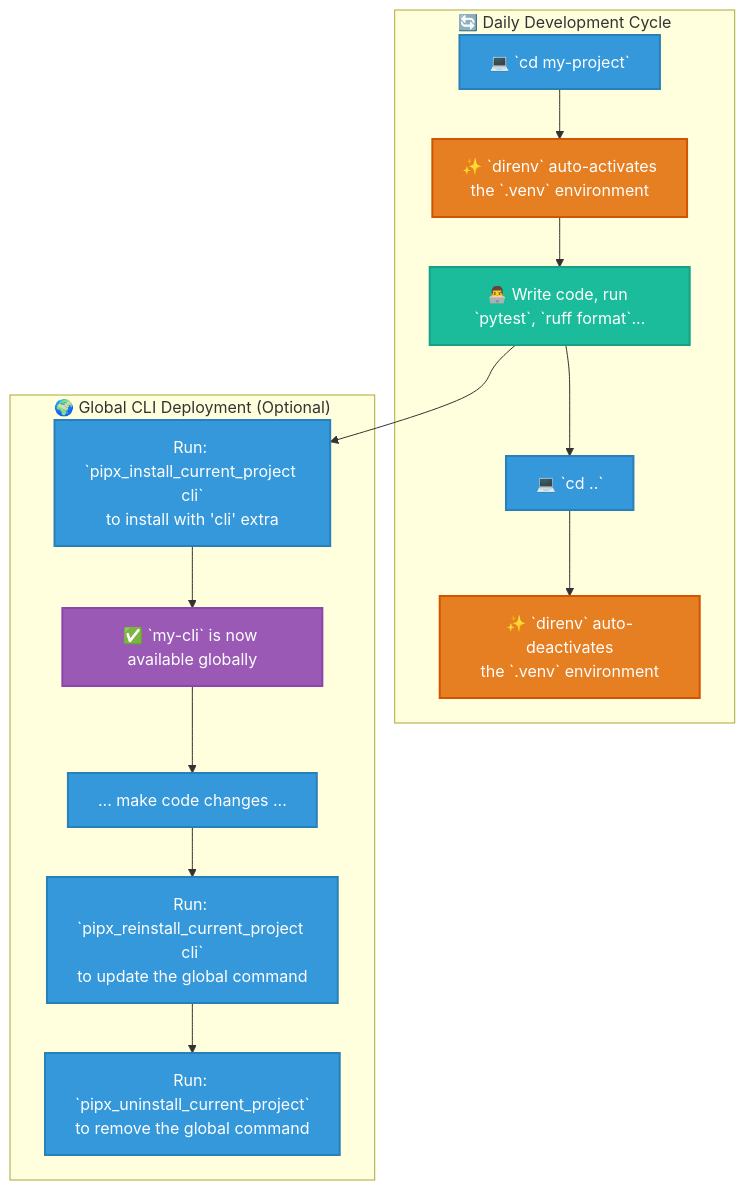
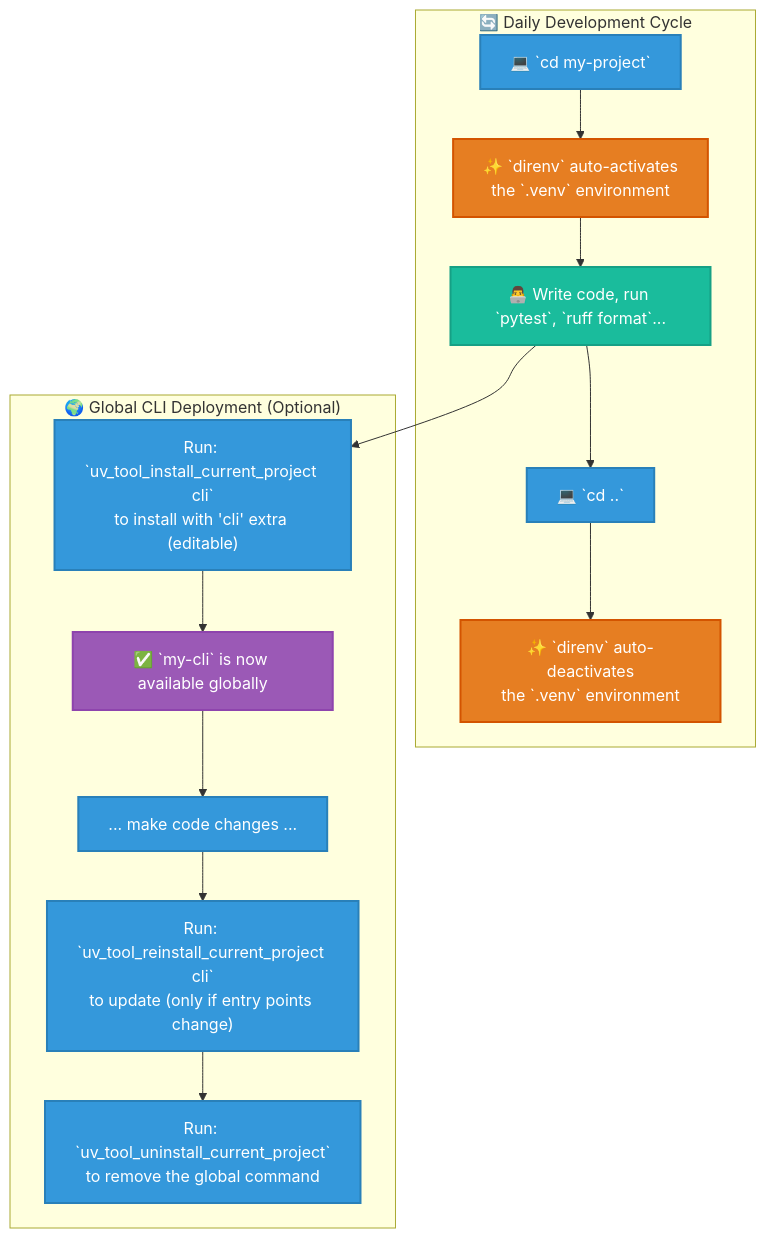
One commit to CaptainCodeAU/fifty-shades-of-dotfiles changed the fourth of 4 diagrams in README.md. Above: the diagram before and after it, drawn with Mermaid. The commit also changed other lines of this file and 1 other file, not shown here.

Commit message:
docs: update README and STRUCTURE to reflect pipx→uv tool migration and file consolidation

````diff
--- a/README.md
+++ b/README.md
@@ -314,28 +317,28 @@
 ```mermaid
 graph TD
     subgraph "🔄 Daily Development Cycle"
         A["💻 `cd my-project`"] --> B
         B["✨ `direnv` auto-activates<br>the `.venv` environment"]
         B --> C["👨‍💻 Write code, run `pytest`, `ruff format`..."]
         C --> D["💻 `cd ..`"]
         D --> E["✨ `direnv` auto-deactivates<br>the `.venv` environment"]
     end
 
     subgraph "🌍 Global CLI Deployment (Optional)"
-        C --> F["Run: `pipx_install_current_project cli`<br>to install with 'cli' extra"]
+        C --> F["Run: `uv_tool_install_current_project cli`<br>to install with 'cli' extra (editable)"]
         F --> G["✅ `my-cli` is now available globally"]
         G --> H["... make code changes ..."]
-        H --> I["Run: `pipx_reinstall_current_project cli`<br>to update the global command"]
-        I --> J["Run: `pipx_uninstall_current_project`<br>to remove the global command"]
+        H --> I["Run: `uv_tool_reinstall_current_project cli`<br>to update (only if entry points change)"]
+        I --> J["Run: `uv_tool_uninstall_current_project`<br>to remove the global command"]
     end
 
     classDef userAction fill:#3498db,stroke:#2980b9,stroke-width:2px,color:white;
     classDef tool fill:#e67e22,stroke:#d35400,stroke-width:2px,color:white;
     classDef devLoop fill:#1abc9c,stroke:#16a085,stroke-width:2px,color:white;
     classDef result fill:#9b59b6,stroke:#8e44ad,stroke-width:2px,color:white;
 
     class A,D,F,H,I,J userAction;
     class B,E tool;
     class C devLoop;
     class G result;
 ```
````
